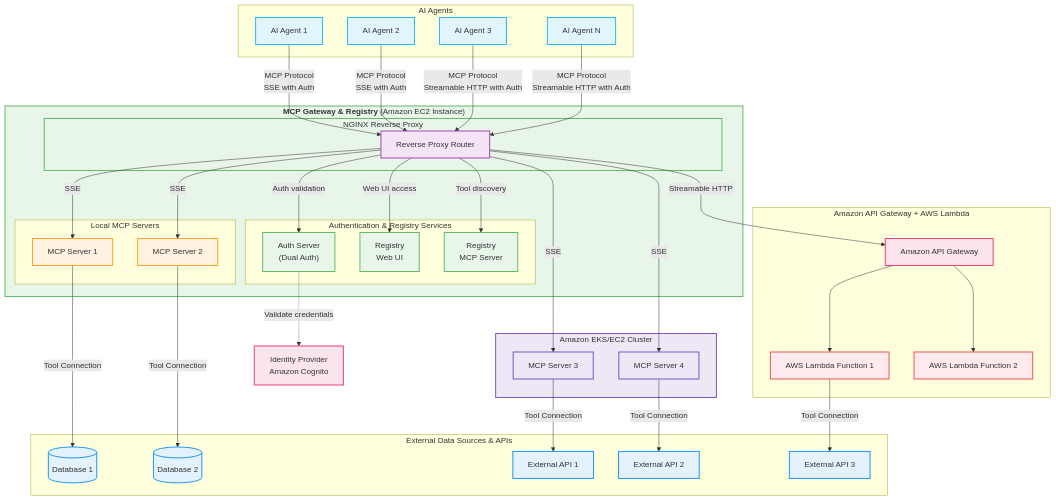
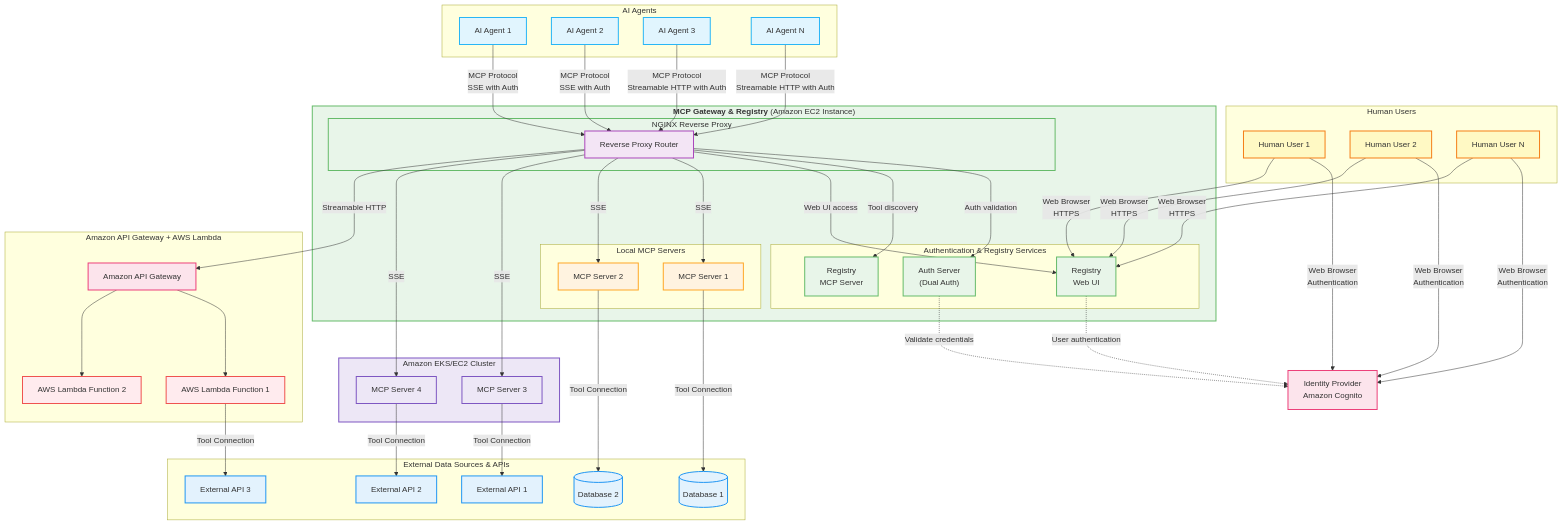
The diagram in README.md (ascending-llc/mcp-gateway-registry), drawn with Mermaid before and after one commit.

Commit message:
Update mermaid diagram to include human users alongside AI agents
- Add Human Users section with multiple user entities
- Show human user connections to Amazon Cognito for authentication
- Show human user connections to Registry Web UI via HTTPS
- Add distinct styling for human users with yellow color scheme
- Maintain existing AI agent connections and functionality

````diff
--- a/README.md
+++ b/README.md
@@ -45,5 +45,11 @@
 ```mermaid
 flowchart TB
+    subgraph Human_Users["Human Users"]
+        User1["Human User 1"]
+        User2["Human User 2"]
+        UserN["Human User N"]
+    end
+
     subgraph AI_Agents["AI Agents"]
         Agent1["AI Agent 1"]
         Agent2["AI Agent 2"]
@@ -90,6 +96,14 @@
         API3["External API 3"]
     end
     
+    %% Connections from Human Users
+    User1 -->|Web Browser<br>Authentication| IdP
+    User2 -->|Web Browser<br>Authentication| IdP
+    UserN -->|Web Browser<br>Authentication| IdP
+    User1 -->|Web Browser<br>HTTPS| Registry
+    User2 -->|Web Browser<br>HTTPS| Registry
+    UserN -->|Web Browser<br>HTTPS| Registry
+    
     %% Connections from Agents to Gateway
     Agent1 -->|MCP Protocol<br>SSE with Auth| RP
     Agent2 -->|MCP Protocol<br>SSE with Auth| RP
@@ -99,6 +113,7 @@
     %% Auth flow connections
     RP -->|Auth validation| AuthServer
     AuthServer -.->|Validate credentials| IdP
+    Registry -.->|User authentication| IdP
     RP -->|Tool discovery| RegistryMCP
     RP -->|Web UI access| Registry
     
@@ -121,6 +136,7 @@
     Lambda1 -->|Tool Connection| API3
 
     %% Style definitions
+    classDef user fill:#fff9c4,stroke:#f57f17,stroke-width:2px
     classDef agent fill:#e1f5fe,stroke:#29b6f6,stroke-width:2px
     classDef gateway fill:#e8f5e9,stroke:#66bb6a,stroke-width:2px
     classDef nginx fill:#f3e5f5,stroke:#ab47bc,stroke-width:2px
@@ -131,6 +147,7 @@
     classDef dataSource fill:#e3f2fd,stroke:#2196f3,stroke-width:2px
     
     %% Apply styles
+    class User1,User2,UserN user
     class Agent1,Agent2,Agent3,AgentN agent
     class EC2_Gateway,NGINX gateway
     class RP nginx
````
